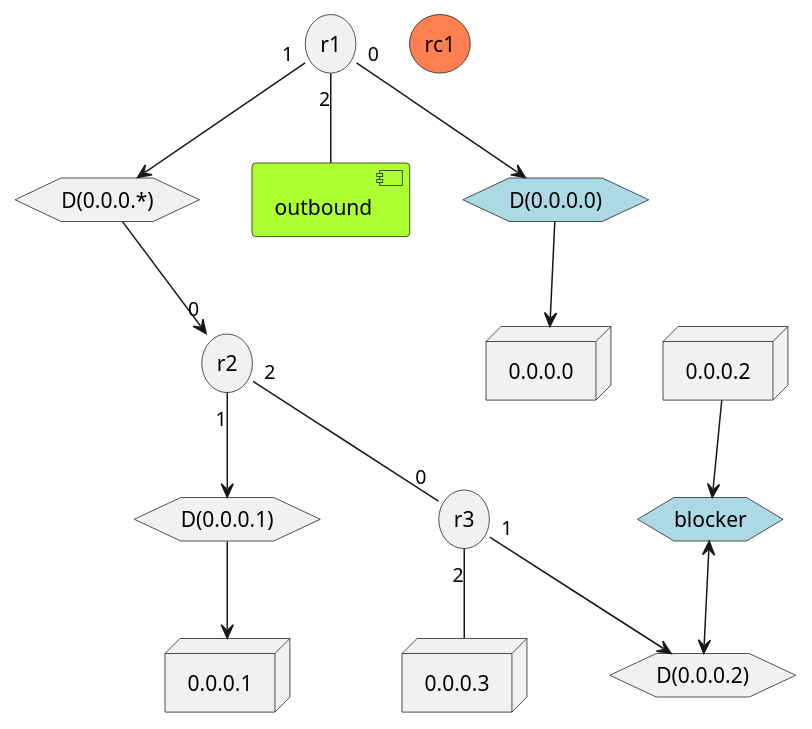
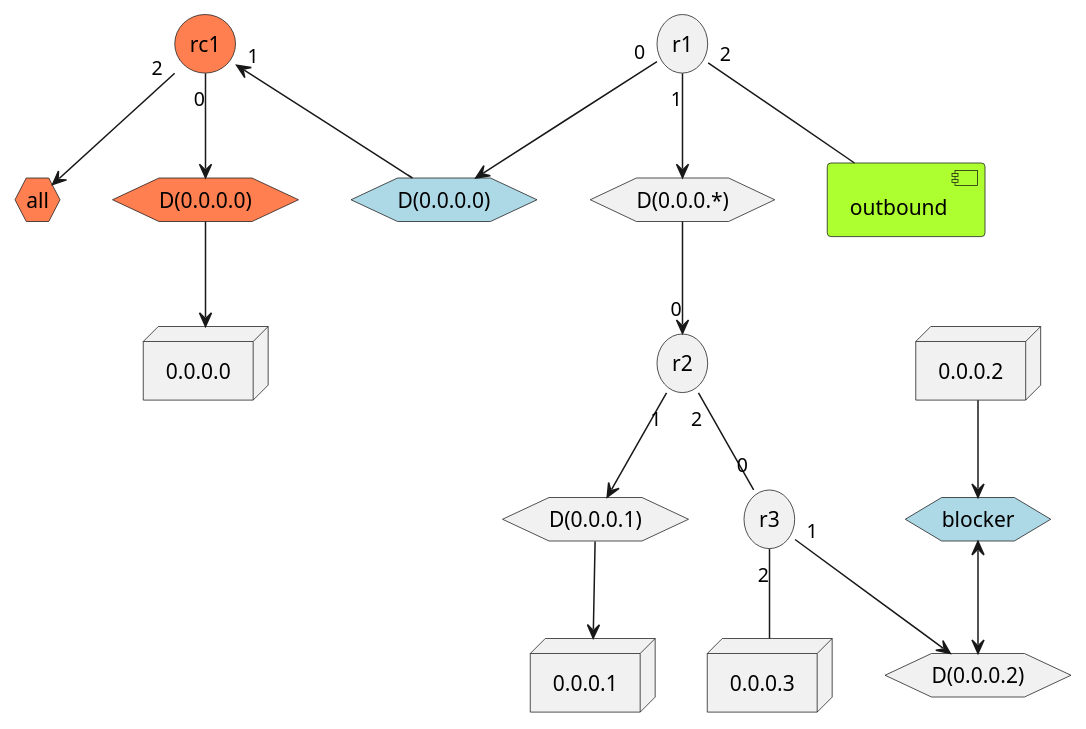
One commit to ogawa-atali/network changed the diagram in subnet-000x-collision.pu. Above: the diagram before and after it, drawn with PlantUML.

Commit message:
karicomi

```diff
--- a/subnet-000x-collision.pu
+++ b/subnet-000x-collision.pu
@@ -1,42 +1,47 @@
 @startuml subnet-000x-collision
 allowmixing
 
 node "0.0.0.0" as mainframe
 node "0.0.0.1" as 0_0_0_1
 node "0.0.0.2" as 0_0_0_2
 node "0.0.0.3" as 0_0_0_3
 
 storage r1
 hexagon "D(0.0.0.*)" as D_0_0_0_x
 r1 "1" --> D_0_0_0_x
 
 storage r2
 D_0_0_0_x --> "0" r2
 hexagon "D(0.0.0.1)" as D_0_0_0_1
 r2 "1" --> D_0_0_0_1
 D_0_0_0_1 --> 0_0_0_1
 
 storage r3
 r2 "2" -- "0" r3
 hexagon "D(0.0.0.2)" as D_0_0_0_2
 r3 "1" --> D_0_0_0_2
 
 r3 "2" -- 0_0_0_3
 
 component outbound #GreenYellow
 r1 "2" -- outbound
 
 'reverse
 hexagon "D(0.0.0.0)" as D_0_0_0_0 #LightBlue
 r1 "0" --> D_0_0_0_0
-D_0_0_0_0 --> mainframe
 
 hexagon blocker #LightBlue
 0_0_0_2 --> blocker
 blocker <--> D_0_0_0_2
 
 'collision
 storage rc1 #Coral
+rc1 "1" <-- D_0_0_0_0
+hexagon "all" as all1 #Coral
+rc1 "2" --> all1
 
+hexagon "D(0.0.0.0)" as D_0_0_0_0_2 #Coral
+rc1 "0" --> D_0_0_0_0_2
+D_0_0_0_0_2 --> mainframe
 
 @enduml
```
